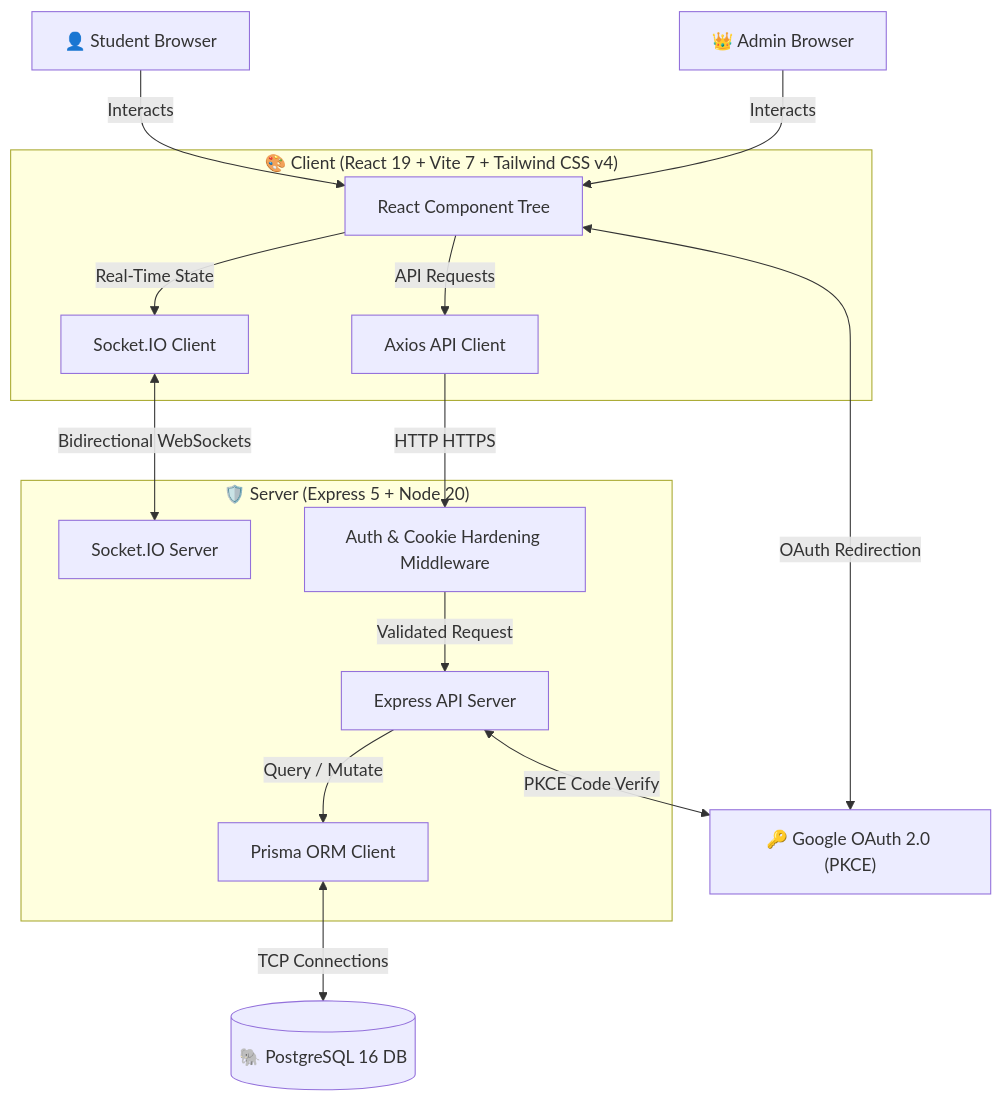
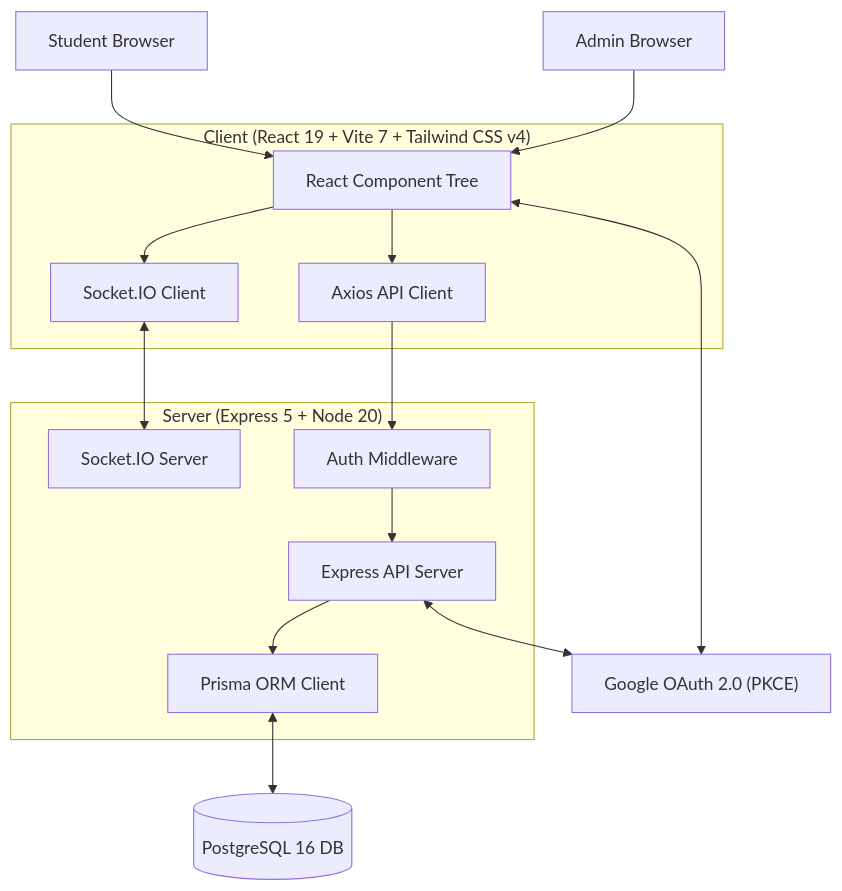
One commit to DeatWalls-Azka/KRSwitch-frontend changed the first of 3 diagrams in ARCHITECTURE.md. Above: the diagram before and after it, drawn with Mermaid. The commit also changed other lines of this file and 2 other files, not shown here.

Commit message:
docs: clean up AI slop and fix Mermaid syntax errors

````diff
--- a/ARCHITECTURE.md
+++ b/ARCHITECTURE.md
@@ -11,42 +11,42 @@
 ```mermaid
 graph TD
     %% User Nodes
-    Student["👤 Student Browser"]
-    Admin["👑 Admin Browser"]
+    Student["Student Browser"]
+    Admin["Admin Browser"]
 
     %% Frontend Group
-    subgraph FrontendApp ["🎨 Client (React 19 + Vite 7 + Tailwind CSS v4)"]
+    subgraph FrontendApp ["Client (React 19 + Vite 7 + Tailwind CSS v4)"]
         UI["React Component Tree"]
         WSClient["Socket.IO Client"]
         Axios["Axios API Client"]
     end
 
     %% Backend Group
-    subgraph BackendApp ["🛡️ Server (Express 5 + Node 20)"]
+    subgraph BackendApp ["Server (Express 5 + Node 20)"]
         Express["Express API Server"]
         WSServer["Socket.IO Server"]
         PrismaClient["Prisma ORM Client"]
-        AuthMiddleware["Auth & Cookie Hardening Middleware"]
+        AuthMiddleware["Auth Middleware"]
     end
 
     %% External & DB
-    GoogleAuth["🔑 Google OAuth 2.0 (PKCE)"]
-    Postgres[("🐘 PostgreSQL 16 DB")]
+    GoogleAuth["Google OAuth 2.0 (PKCE)"]
+    Postgres[("PostgreSQL 16 DB")]
 
     %% Relations
-    Student -->|Interacts| UI
-    Admin -->|Interacts| UI
+    Student --> UI
+    Admin --> UI
     
-    UI -->|API Requests| Axios
-    UI -->|Real-Time State| WSClient
+    UI --> Axios
+    UI --> WSClient
     
-    Axios -->|HTTP HTTPS| AuthMiddleware
-    AuthMiddleware -->|Validated Request| Express
-    WSClient <-->|Bidirectional WebSockets| WSServer
+    Axios --> AuthMiddleware
+    AuthMiddleware --> Express
+    WSClient <--> WSServer
     
-    Express -->|Query / Mutate| PrismaClient
-    PrismaClient <-->|TCP Connections| Postgres
+    Express --> PrismaClient
+    PrismaClient <--> Postgres
     
-    Express <-->|PKCE Code Verify| GoogleAuth
-    UI <-->|OAuth Redirection| GoogleAuth
+    Express <--> GoogleAuth
+    UI <--> GoogleAuth
 ```
````
